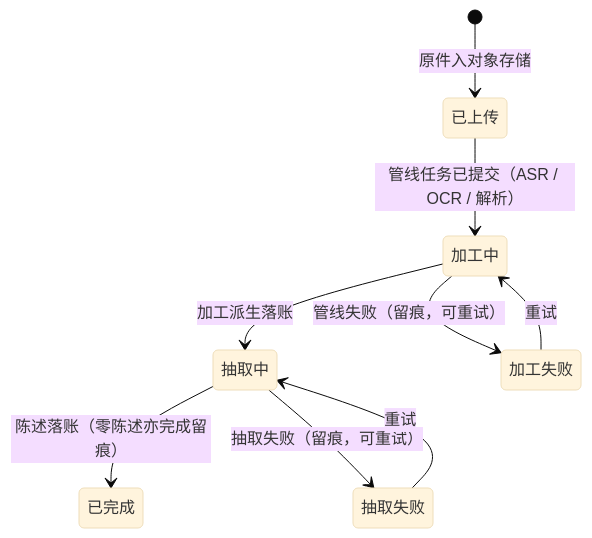
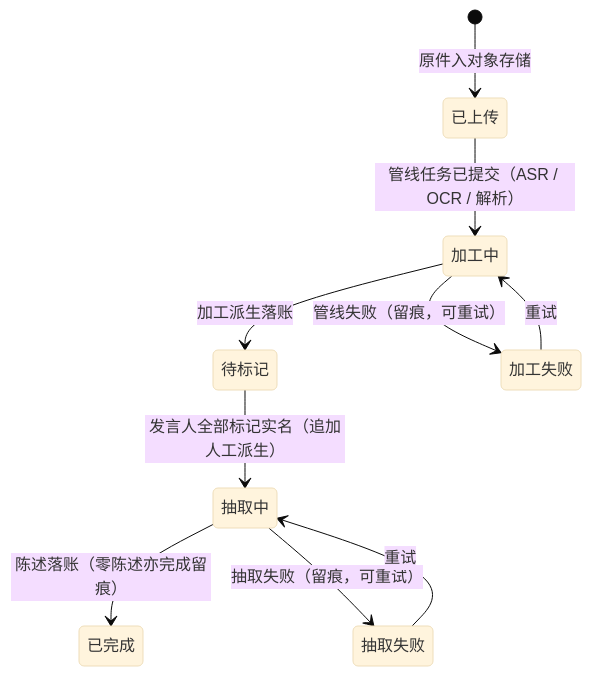
Before and after one commit to leoricmaster/iih: the eighth of 8 diagrams in backlog/docs/doc-02 - 领域模型-Domain-Model.md, drawn with Mermaid (base theme). The commit also changed other lines of this file and 9 other files, not shown here.

````diff
--- a/backlog/docs/doc-02 - 领域模型-Domain-Model.md
+++ b/backlog/docs/doc-02 - 领域模型-Domain-Model.md
@@ -202,11 +202,12 @@
 ```mermaid
 stateDiagram-v2
     [*] --> 已上传: 原件入对象存储
     已上传 --> 加工中: 管线任务已提交（ASR / OCR / 解析）
-    加工中 --> 抽取中: 加工派生落账
+    加工中 --> 待标记: 加工派生落账
     加工中 --> 加工失败: 管线失败（留痕，可重试）
     加工失败 --> 加工中: 重试
+    待标记 --> 抽取中: 发言人全部标记实名（追加人工派生）
     抽取中 --> 已完成: 陈述落账（零陈述亦完成留痕）
     抽取中 --> 抽取失败: 抽取失败（留痕，可重试）
     抽取失败 --> 抽取中: 重试
 ```
````
